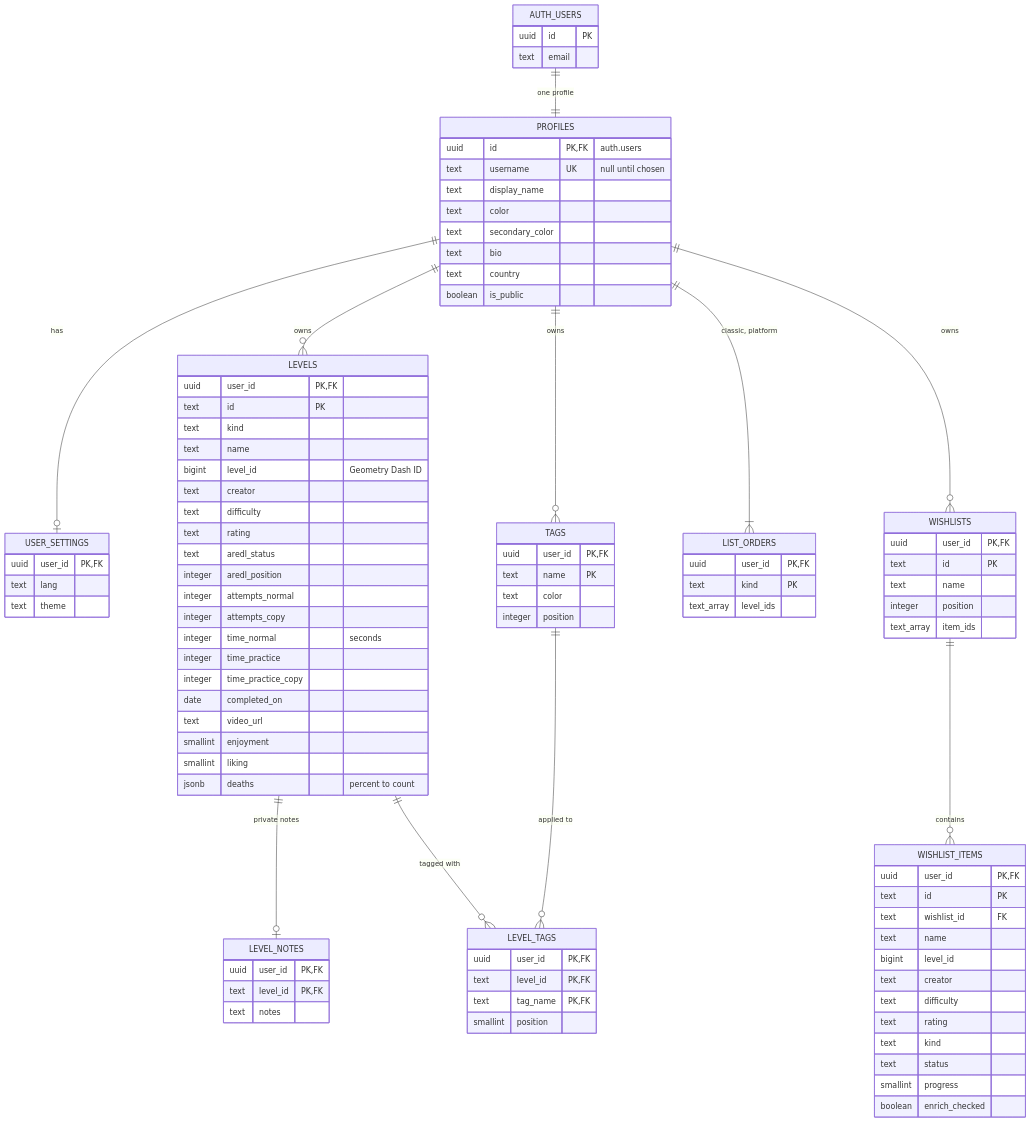
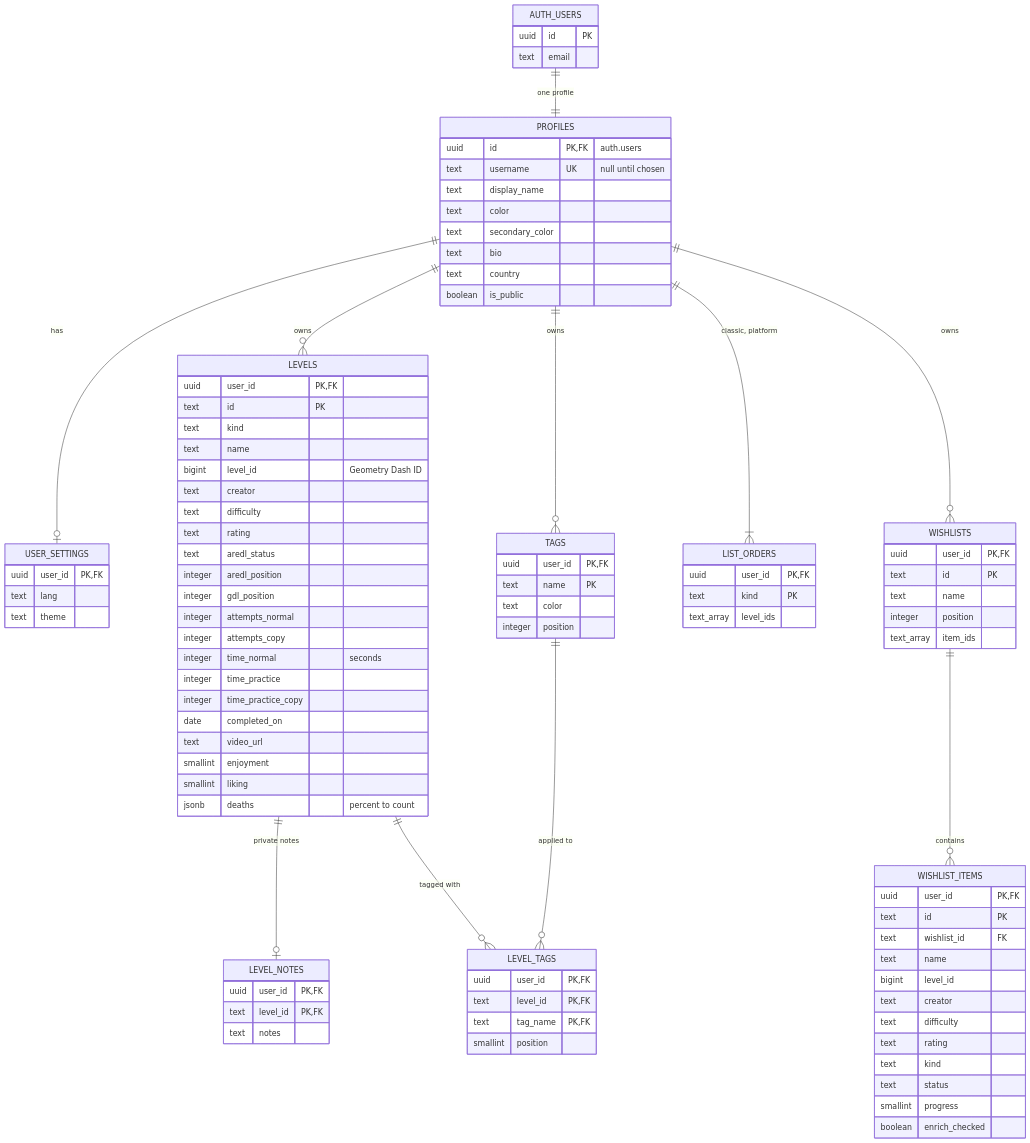
One commit to Wal-014/Personal-Progress-List changed the diagram in docs/cloud-accounts.md. Above: the diagram before and after it, drawn with Mermaid. The commit also changed other lines of this file and 26 other files, not shown here.

```diff
--- a/docs/cloud-accounts.md
+++ b/docs/cloud-accounts.md
@@ -75,6 +75,7 @@
     text rating
     text aredl_status
     integer aredl_position
+    integer gdl_position
     integer attempts_normal
     integer attempts_copy
     integer time_normal "seconds"
```
